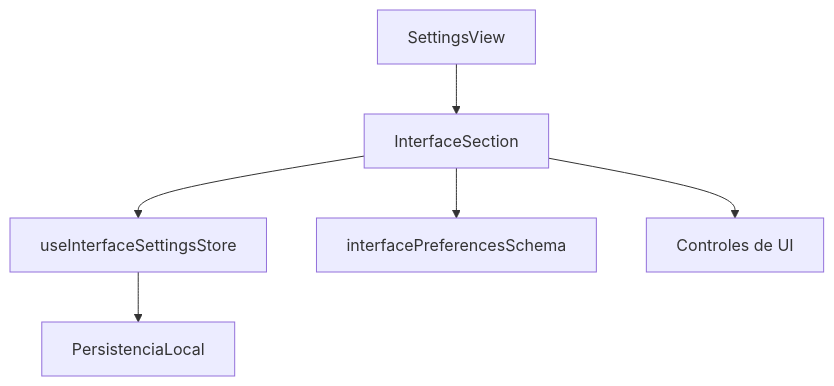
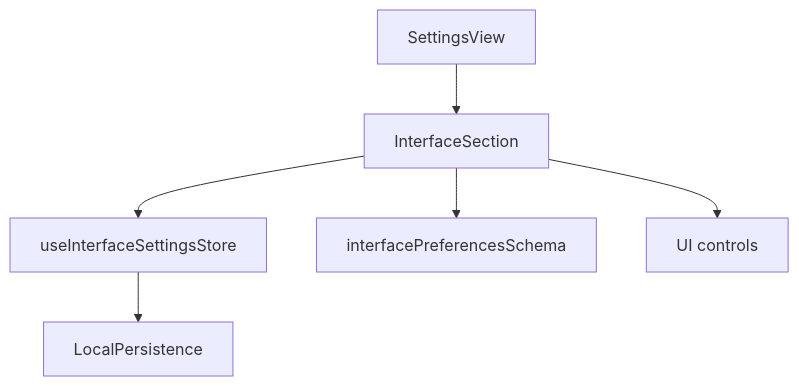
The third of 3 diagrams in src/components/settings/README.md (gvastethecreator/media-manager), drawn with Mermaid before and after one commit. The commit also changed other lines of this file and 104 other files, not shown here.

Commit message:
docs: initialize comprehensive architectural documentation and component-level README files across the repository.

````diff
--- a/src/components/settings/README.md
+++ b/src/components/settings/README.md
@@ -195,8 +217,8 @@
 ```mermaid
 graph TD
     SettingsView --> InterfaceSection
     InterfaceSection --> useInterfaceSettingsStore
     InterfaceSection --> interfacePreferencesSchema
-    useInterfaceSettingsStore --> PersistenciaLocal
-    InterfaceSection --> UI[Controles de UI]
+    useInterfaceSettingsStore --> LocalPersistence
+    InterfaceSection --> UI[UI controls]
 ```
````
